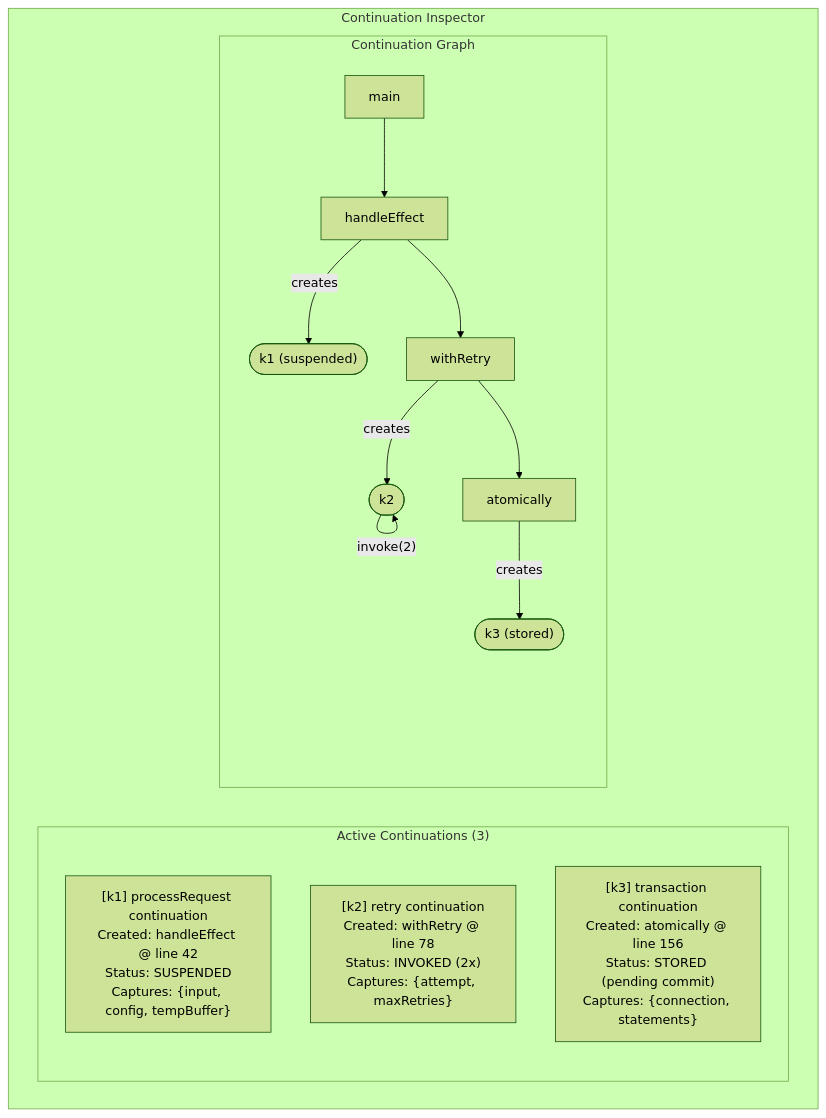
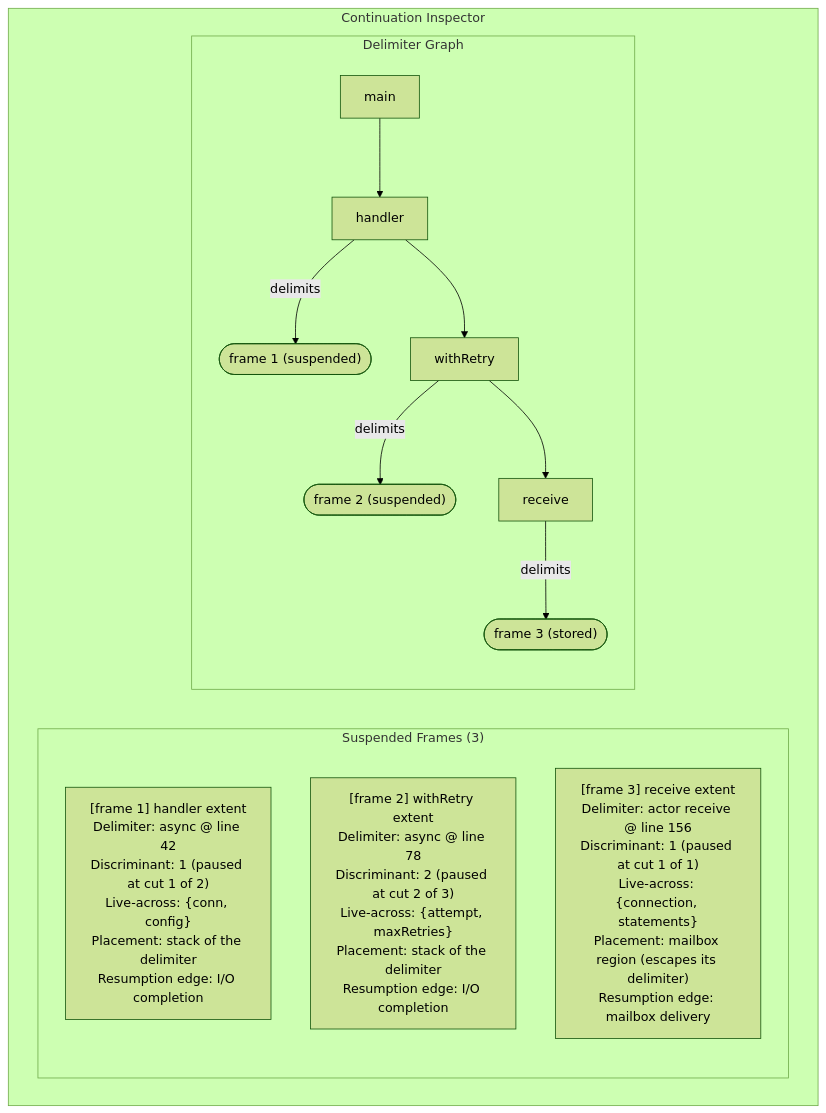
One commit to FidelityFramework/Atelier changed the second of 8 diagrams in docs/03_unique_features.md. Above: the diagram before and after it, drawn with Mermaid (forest theme). The commit also changed other lines of this file and 23 other files, not shown here.

````diff
--- a/docs/03_unique_features.md
+++ b/docs/03_unique_features.md
@@ -53,29 +52,27 @@
 ```mermaid
 flowchart TB
     subgraph inspector["Continuation Inspector"]
-        subgraph active["Active Continuations (3)"]
-            k1["[k1] processRequest continuation<br/>Created: handleEffect @ line 42<br/>Status: SUSPENDED<br/>Captures: {input, config, tempBuffer}"]
-            k2["[k2] retry continuation<br/>Created: withRetry @ line 78<br/>Status: INVOKED (2x)<br/>Captures: {attempt, maxRetries}"]
-            k3["[k3] transaction continuation<br/>Created: atomically @ line 156<br/>Status: STORED (pending commit)<br/>Captures: {connection, statements}"]
+        subgraph active["Suspended Frames (3)"]
+            f1["[frame 1] handler extent<br/>Delimiter: async @ line 42<br/>Discriminant: 1 (paused at cut 1 of 2)<br/>Live-across: {conn, config}<br/>Placement: stack of the delimiter<br/>Resumption edge: I/O completion"]
+            f2["[frame 2] withRetry extent<br/>Delimiter: async @ line 78<br/>Discriminant: 2 (paused at cut 2 of 3)<br/>Live-across: {attempt, maxRetries}<br/>Placement: stack of the delimiter<br/>Resumption edge: I/O completion"]
+            f3["[frame 3] receive extent<br/>Delimiter: actor receive @ line 156<br/>Discriminant: 1 (paused at cut 1 of 1)<br/>Live-across: {connection, statements}<br/>Placement: mailbox region (escapes its delimiter)<br/>Resumption edge: mailbox delivery"]
         end
 
-        subgraph graph["Continuation Graph"]
+        subgraph graph["Delimiter Graph"]
             main["main"]
-            handle["handleEffect"]
+            handle["handler"]
             retry["withRetry"]
-            atomic["atomically"]
-            k1node(["k1 (suspended)"])
-            k2node(["k2"])
-            k3node(["k3 (stored)"])
+            recv["receive"]
+            f1node(["frame 1 (suspended)"])
+            f2node(["frame 2 (suspended)"])
+            f3node(["frame 3 (stored)"])
 
             main --> handle
-            handle -->|creates| k1node
+            handle -->|delimits| f1node
             handle --> retry
-            retry -->|creates| k2node
-            k2node -->|"invoke(1)"| k2node
-            k2node -->|"invoke(2)"| k2node
-            retry --> atomic
-            atomic -->|creates| k3node
+            retry -->|delimits| f2node
+            retry --> recv
+            recv -->|delimits| f3node
         end
     end
 ```
````
